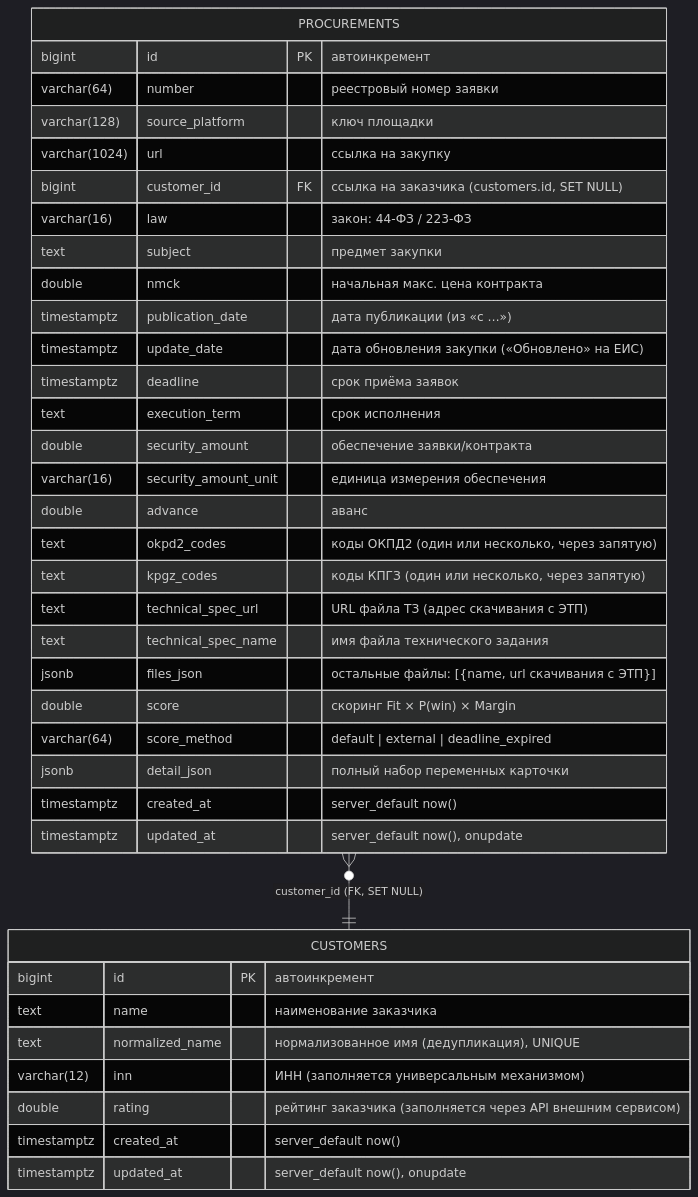
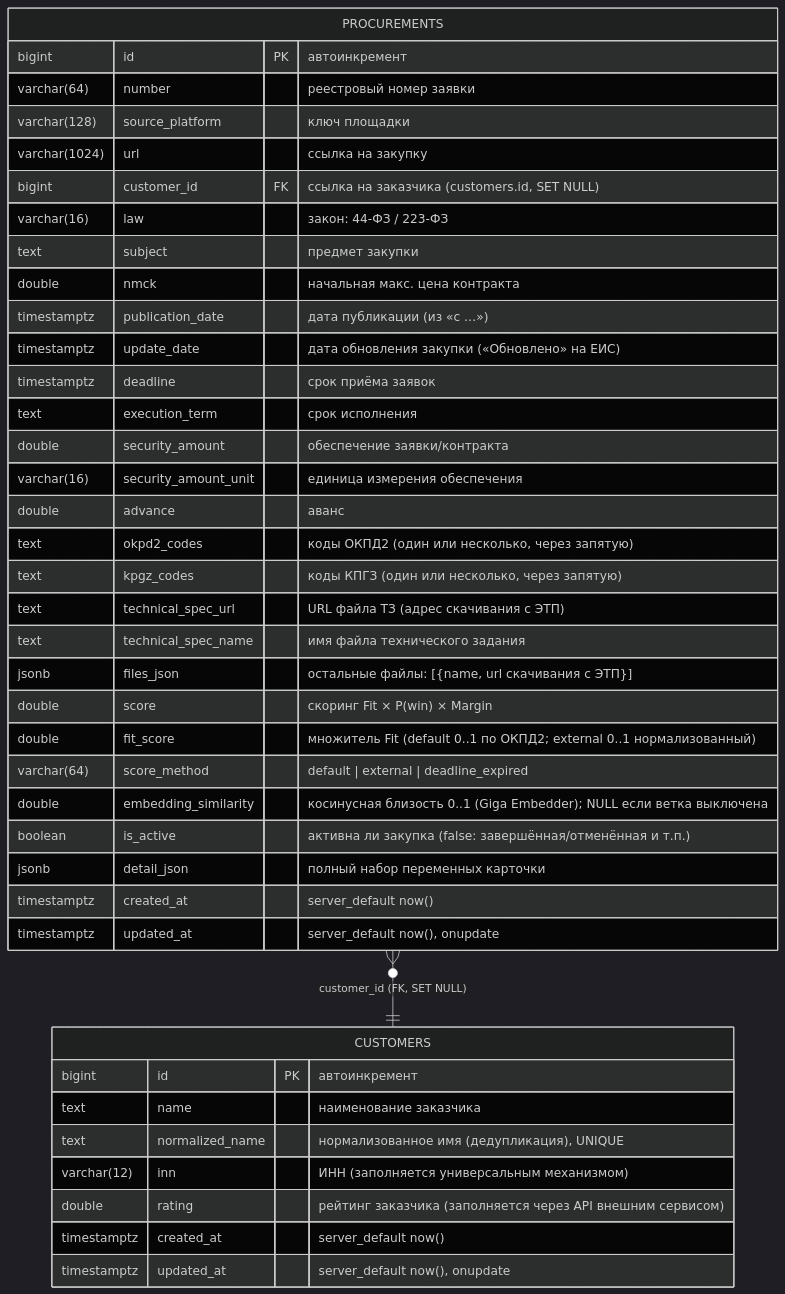
One commit to igorvolk1961/zakupki_parser changed the diagram in docs/c4/db-schema.md. Above: the diagram before and after it, drawn with Mermaid (dark theme). The commit also changed other lines of this file and 11 other files, not shown here.

````diff
--- a/docs/c4/db-schema.md
+++ b/docs/c4/db-schema.md
@@ -6,42 +6,45 @@
 ```mermaid
 erDiagram
     CUSTOMERS {
         bigint id PK "автоинкремент"
         text name "наименование заказчика"
         text normalized_name "нормализованное имя (дедупликация), UNIQUE"
         varchar(12) inn "ИНН (заполняется универсальным механизмом)"
         double rating "рейтинг заказчика (заполняется через API внешним сервисом)"
         timestamptz created_at "server_default now()"
         timestamptz updated_at "server_default now(), onupdate"
     }
 
     PROCUREMENTS {
         bigint id PK "автоинкремент"
         varchar(64) number "реестровый номер заявки"
         varchar(128) source_platform "ключ площадки"
         varchar(1024) url "ссылка на закупку"
         bigint customer_id FK "ссылка на заказчика (customers.id, SET NULL)"
         varchar(16) law "закон: 44-ФЗ / 223-ФЗ"
         text subject "предмет закупки"
         double nmck "начальная макс. цена контракта"
         timestamptz publication_date "дата публикации (из «с …»)"
         timestamptz update_date "дата обновления закупки («Обновлено» на ЕИС)"
         timestamptz deadline "срок приёма заявок"
         text execution_term "срок исполнения"
         double security_amount "обеспечение заявки/контракта"
         varchar(16) security_amount_unit "единица измерения обеспечения"
         double advance "аванс"
         text okpd2_codes "коды ОКПД2 (один или несколько, через запятую)"
         text kpgz_codes "коды КПГЗ (один или несколько, через запятую)"
         text technical_spec_url "URL файла ТЗ (адрес скачивания с ЭТП)"
         text technical_spec_name "имя файла технического задания"
         jsonb files_json "остальные файлы: [{name, url скачивания с ЭТП}]"
         double score "скоринг Fit × P(win) × Margin"
+        double fit_score "множитель Fit (default 0..1 по ОКПД2; external 0..1 нормализованный)"
         varchar(64) score_method "default | external | deadline_expired"
+        double embedding_similarity "косинусная близость 0..1 (Giga Embedder); NULL если ветка выключена"
+        boolean is_active "активна ли закупка (false: завершённая/отменённая и т.п.)"
         jsonb detail_json "полный набор переменных карточки"
         timestamptz created_at "server_default now()"
         timestamptz updated_at "server_default now(), onupdate"
     }
 
     PROCUREMENTS }o--|| CUSTOMERS : "customer_id (FK, SET NULL)"
 ```
````
